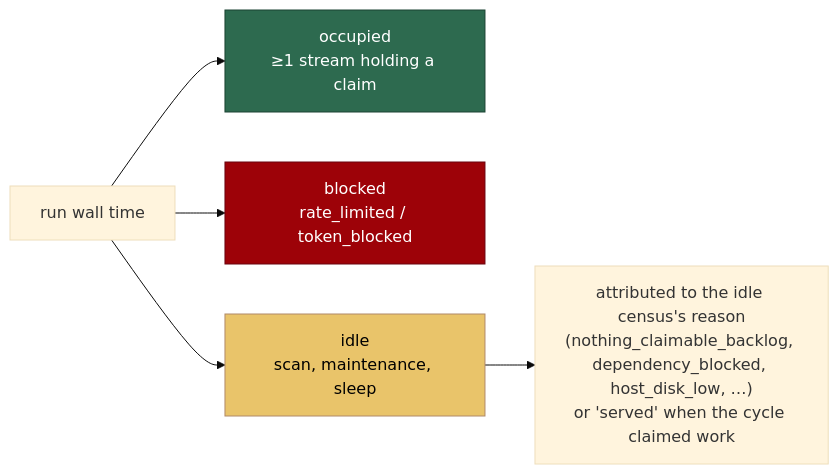
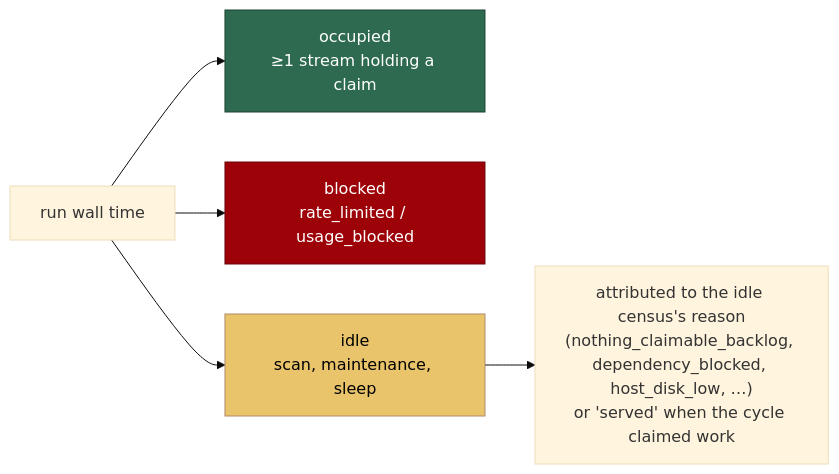
The eighth of 26 diagrams in docs/INTERNALS.md (stSoftwareAU/VibeCoder), drawn with Mermaid (base theme) before and after one commit. The commit also changed other lines of this file and 8 other files, not shown here.

````diff
--- a/docs/INTERNALS.md
+++ b/docs/INTERNALS.md
@@ -835,10 +835,10 @@
 ```mermaid
 flowchart LR
     W["run wall time"] --> O["occupied<br/>≥1 stream holding a claim"]
-    W --> K["blocked<br/>rate_limited / token_blocked"]
+    W --> K["blocked<br/>rate_limited / usage_blocked"]
     W --> I["idle<br/>scan, maintenance, sleep"]
     I --> R["attributed to the idle census's reason<br/>(nothing_claimable_backlog, dependency_blocked, host_disk_low, …)<br/>or 'served' when the cycle claimed work"]
     style O fill:#2d6a4f,stroke:#1b4332,color:#fff
     style K fill:#9d0208,stroke:#6a040f,color:#fff
     style I fill:#e9c46a,stroke:#b08968,color:#000
 ```
````
